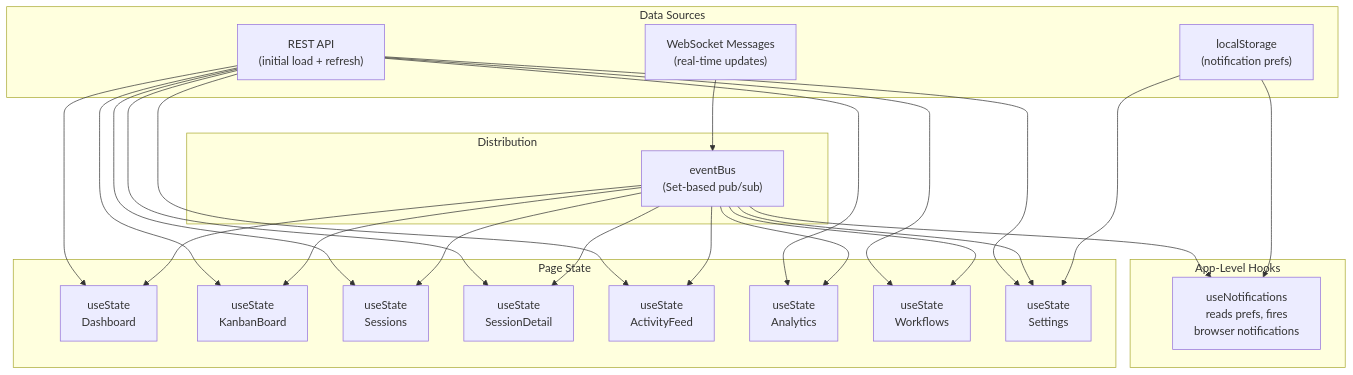
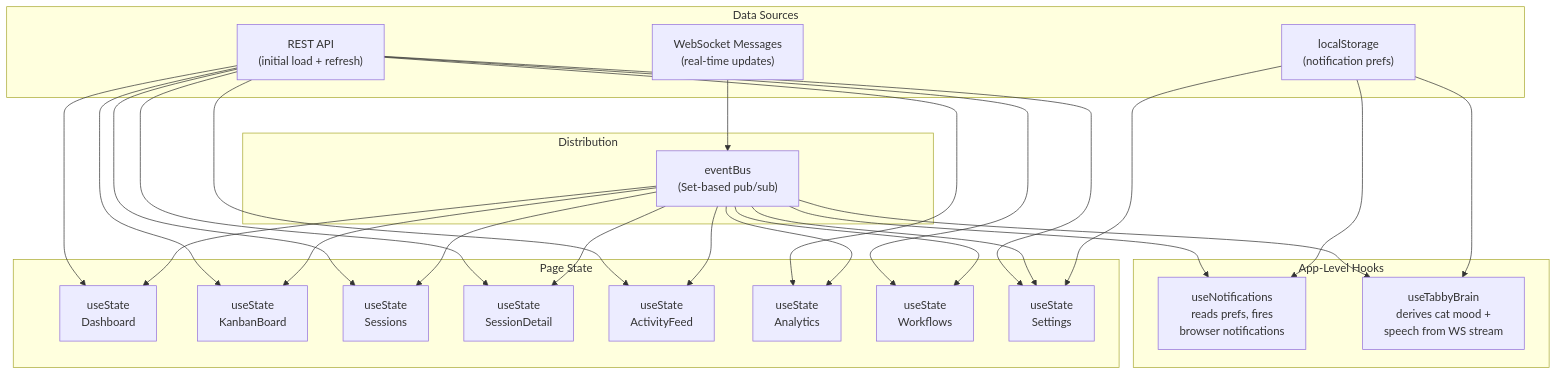
Diagram 26 of 48 in ARCHITECTURE.md (zhangqinzhong/Claude-Code-Agent-Monitor), drawn with Mermaid before and after one commit. The commit also changed other lines of this file and 5 other files, not shown here.

First line of the commit message:
docs: document Tabby companion across READMEs, ARCHITECTURE, landing, wiki

````diff
--- a/ARCHITECTURE.md
+++ b/ARCHITECTURE.md
@@ -1437,34 +1444,37 @@
 ```mermaid
 graph TD
     subgraph "Data Sources"
         REST["REST API<br/>(initial load + refresh)"]
         WSM["WebSocket Messages<br/>(real-time updates)"]
         LS["localStorage<br/>(notification prefs)"]
     end
 
     subgraph "Distribution"
         EB["eventBus<br/>(Set-based pub/sub)"]
     end
 
     subgraph "App-Level Hooks"
         NOTIF_H["useNotifications<br/>reads prefs, fires<br/>browser notifications"]
+        TABBY_H["useTabbyBrain<br/>derives cat mood +<br/>speech from WS stream"]
     end
 
     subgraph "Page State"
         US1["useState<br/>Dashboard"]
         US2["useState<br/>KanbanBoard"]
         US3["useState<br/>Sessions"]
         US4["useState<br/>SessionDetail"]
         US5["useState<br/>ActivityFeed"]
         US6["useState<br/>Analytics"]
         US8["useState<br/>Workflows"]
         US7["useState<br/>Settings"]
     end
 
     REST --> US1 & US2 & US3 & US4 & US5 & US6 & US8 & US7
     WSM --> EB
     EB --> US1 & US2 & US3 & US4 & US5 & US6 & US8 & US7
     EB --> NOTIF_H
+    EB --> TABBY_H
     LS --> NOTIF_H
+    LS --> TABBY_H
     LS --> US7
 ```
````
